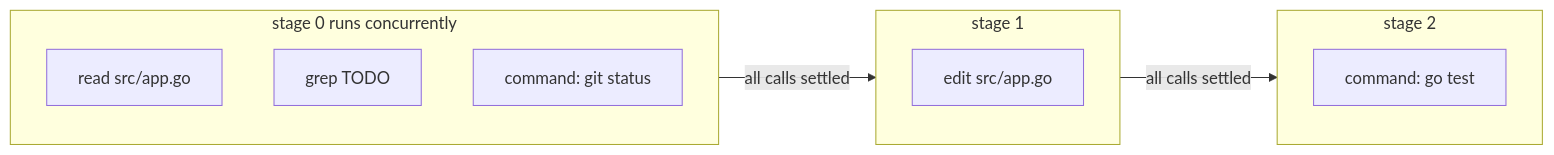
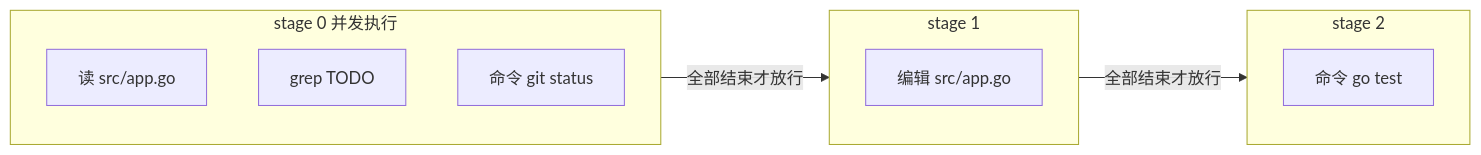
Before and after one commit to zqf20096327/ai_collect: the diagram in data/readmes/Bronya0__ally-agent.md, drawn with Mermaid. The commit also changed other lines of this file and 814 other files, not shown here.

````diff
--- a/data/readmes/Bronya0__ally-agent.md
+++ b/data/readmes/Bronya0__ally-agent.md
@@ -67,16 +69,16 @@
 ```mermaid
 flowchart LR
-  subgraph S0["stage 0 runs concurrently"]
-    A["read src/app.go"]
+  subgraph S0["stage 0 并发执行"]
+    A["读 src/app.go"]
     B["grep TODO"]
-    C["command: git status"]
+    C["命令 git status"]
   end
   subgraph S1["stage 1"]
-    D["edit src/app.go"]
+    D["编辑 src/app.go"]
   end
   subgraph S2["stage 2"]
-    E["command: go test"]
+    E["命令 go test"]
   end
-  S0 -->|"all calls settled"| S1
-  S1 -->|"all calls settled"| S2
+  S0 -->|"全部结束才放行"| S1
+  S1 -->|"全部结束才放行"| S2
 ```
````
